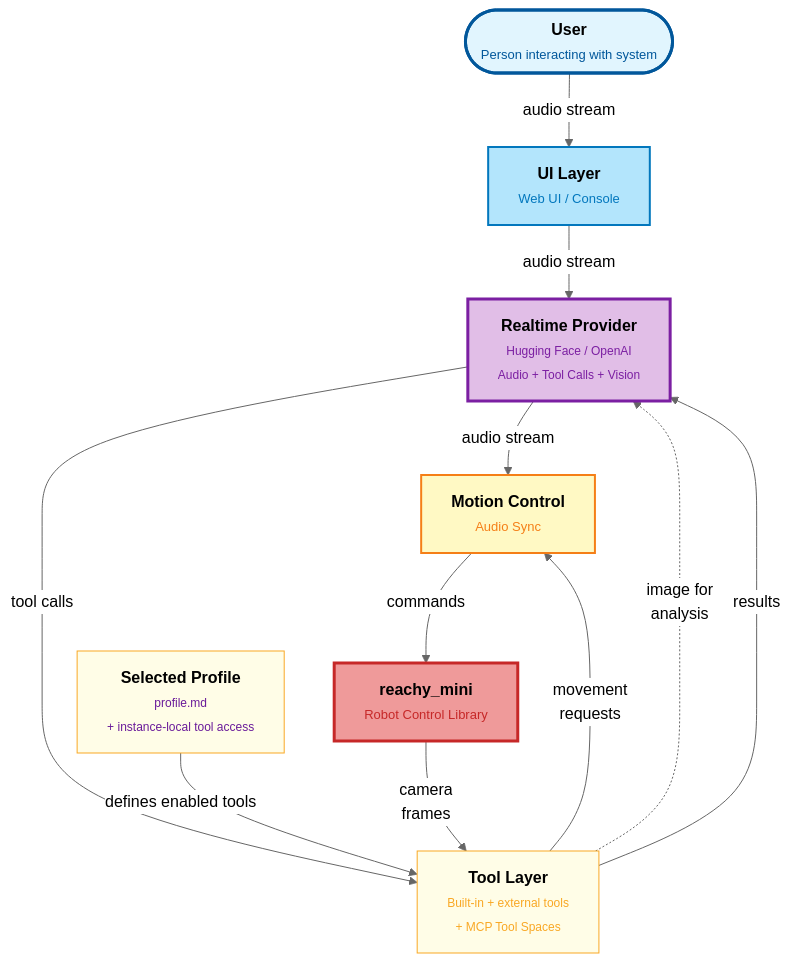
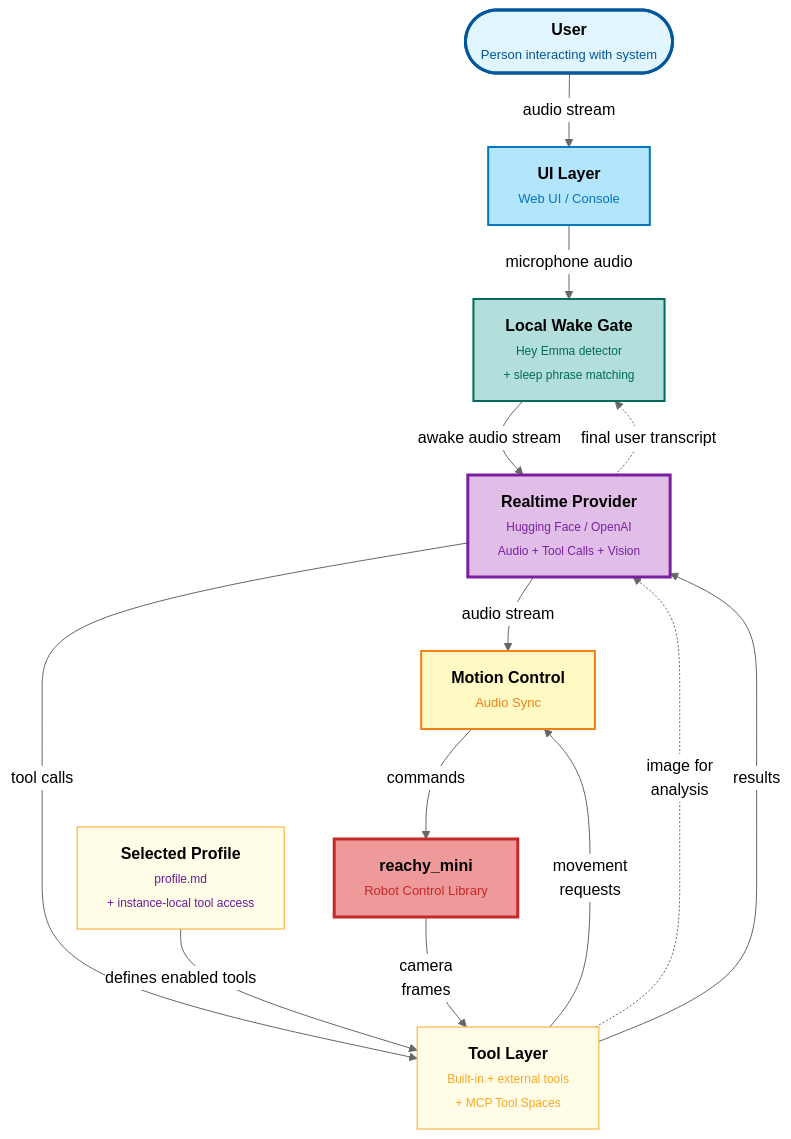
The diagram in docs/scheme.mmd (rbright/reachy_mini_conversation_app), drawn with Mermaid (neutral theme) before and after one commit. The commit also changed 2 other files, not shown here.

Commit message:
docs(wake-word): document wake gating configuration and flow
Describe wake-word enablement, custom model and threshold settings, sleep phrases, and always-on fallback behavior. Update the Mermaid architecture source with the local wake gate and transcript feedback path; leave the generated SVG for instructed regeneration.

```diff
--- a/docs/scheme.mmd
+++ b/docs/scheme.mmd
@@ -1,51 +1,58 @@
 ---
 config:
   layout: dagre
   flowchart:
     htmlLabels: true
 ---
 flowchart TB
     User(["<span style='font-size:16px;font-weight:bold;'>User</span><br><span style='font-size:13px;color:#01579b;'>Person interacting with system</span>"]) 
       -- audio stream --> 
     UI@{ label: "<span style='font-size:16px;font-weight:bold;'>UI Layer</span><br><span style='font-size:13px;color:#0277bd;'>Web UI / Console</span>" }
 
-    UI -- audio stream --> 
+    UI -- microphone audio -->
+    WakeGate@{ label: "<span style='font-size:16px;font-weight:bold;'>Local Wake Gate</span><br><span style='font-size:12px;color:#00695c;'>Hey Emma detector<br/>+ sleep phrase matching</span>" }
+
+    WakeGate -- awake audio stream -->
     Backend@{ label: "<span style='font-size:16px;font-weight:bold;'>Realtime Provider</span><br><span style='font-size:12px; color:#7b1fa2;'>Hugging Face / OpenAI<br/>Audio + Tool Calls + Vision</span>" }
+
+    Backend -. final user transcript .-> WakeGate
 
     Backend -- audio stream -->
     Motion@{ label: "<span style='font-size:16px;font-weight:bold;'>Motion Control</span><br><span style='font-size:13px;color:#f57f17;'>Audio Sync</span>" }
     
     Backend -- tool calls --> 
     Handlers@{ label: "<span style='font-size:16px;font-weight:bold;'>Tool Layer</span><br><span style='font-size:12px;color:#f9a825;'>Built-in + external tools<br/>+ MCP Tool Spaces</span>" }
 
     Profiles@{ label: "<span style='font-size:16px;font-weight:bold;'>Selected Profile</span><br><span style='font-size:12px;color:#6a1b9a;'>profile.md<br/>+ instance-local tool access</span>" }
 
     Profiles -- defines enabled tools --> Handlers
 
     Handlers -- movement 
     requests --> Motion
 
     Handlers -. image for
     analysis .-> Backend
 
     Robot@{ label: "<span style='font-size:16px;font-weight:bold;'>reachy_mini</span><br><span style='font-size:13px;color:#c62828;'>Robot Control Library</span>" }
     -- camera 
     frames --> Handlers
 
     Motion -- commands --> Robot
 
     Handlers -- results --> Backend
 
      User:::userStyle
      UI:::uiStyle
      Backend:::aiStyle
+     WakeGate:::gateStyle
      Motion:::coreStyle
      Profiles:::toolStyle
      Handlers:::toolStyle
      Robot:::hardwareStyle
     classDef userStyle fill:#e1f5fe,stroke:#01579b,stroke-width:3px
     classDef uiStyle fill:#b3e5fc,stroke:#0277bd,stroke-width:2px
+    classDef gateStyle fill:#b2dfdb,stroke:#00695c,stroke-width:2px
     classDef aiStyle fill:#e1bee7,stroke:#7b1fa2,stroke-width:3px
     classDef coreStyle fill:#fff9c4,stroke:#f57f17,stroke-width:2px
     classDef hardwareStyle fill:#ef9a9a,stroke:#c62828,stroke-width:3px
     classDef toolStyle fill:#fffde7,stroke:#f9a825,stroke-width:1px
```
